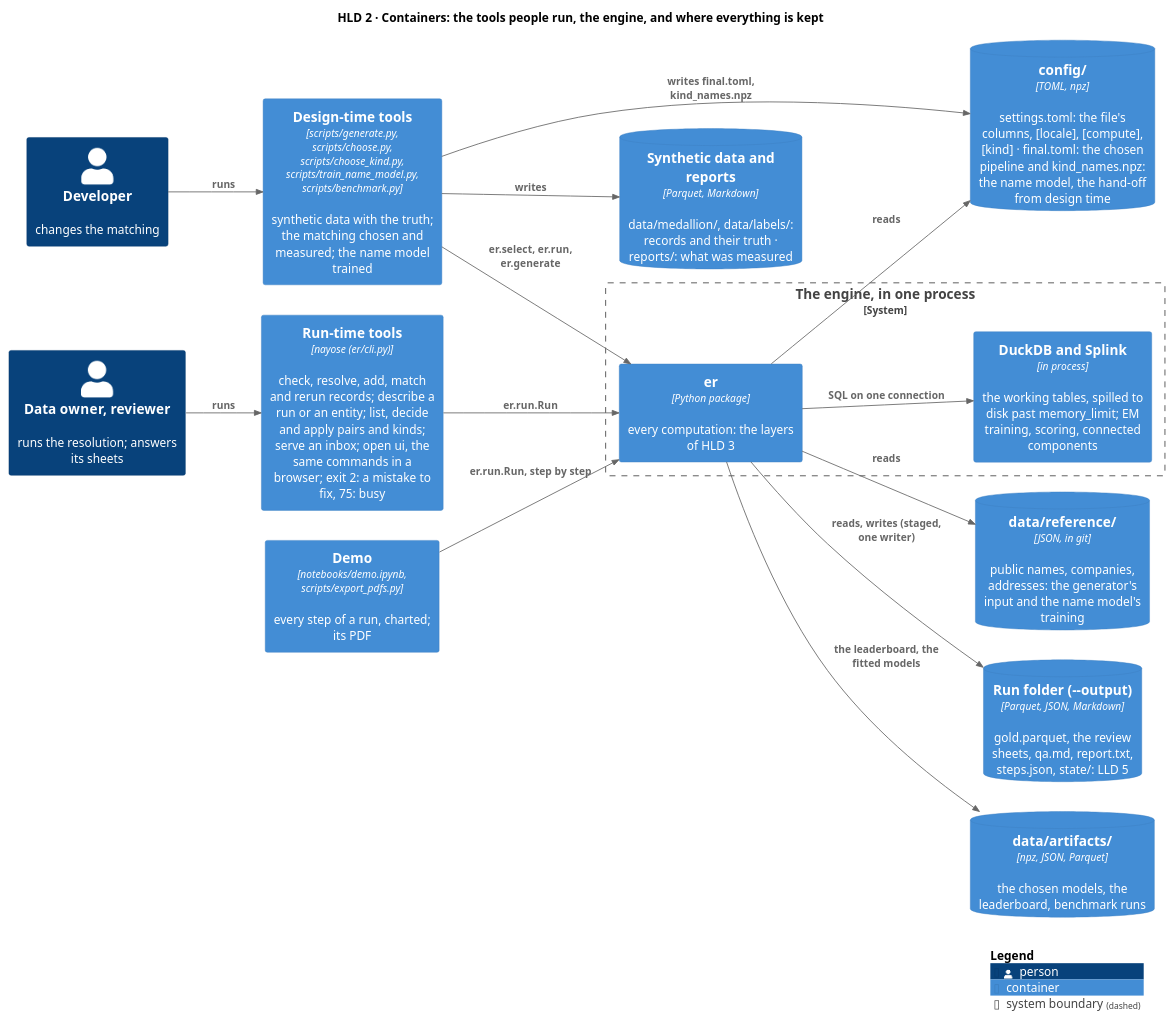
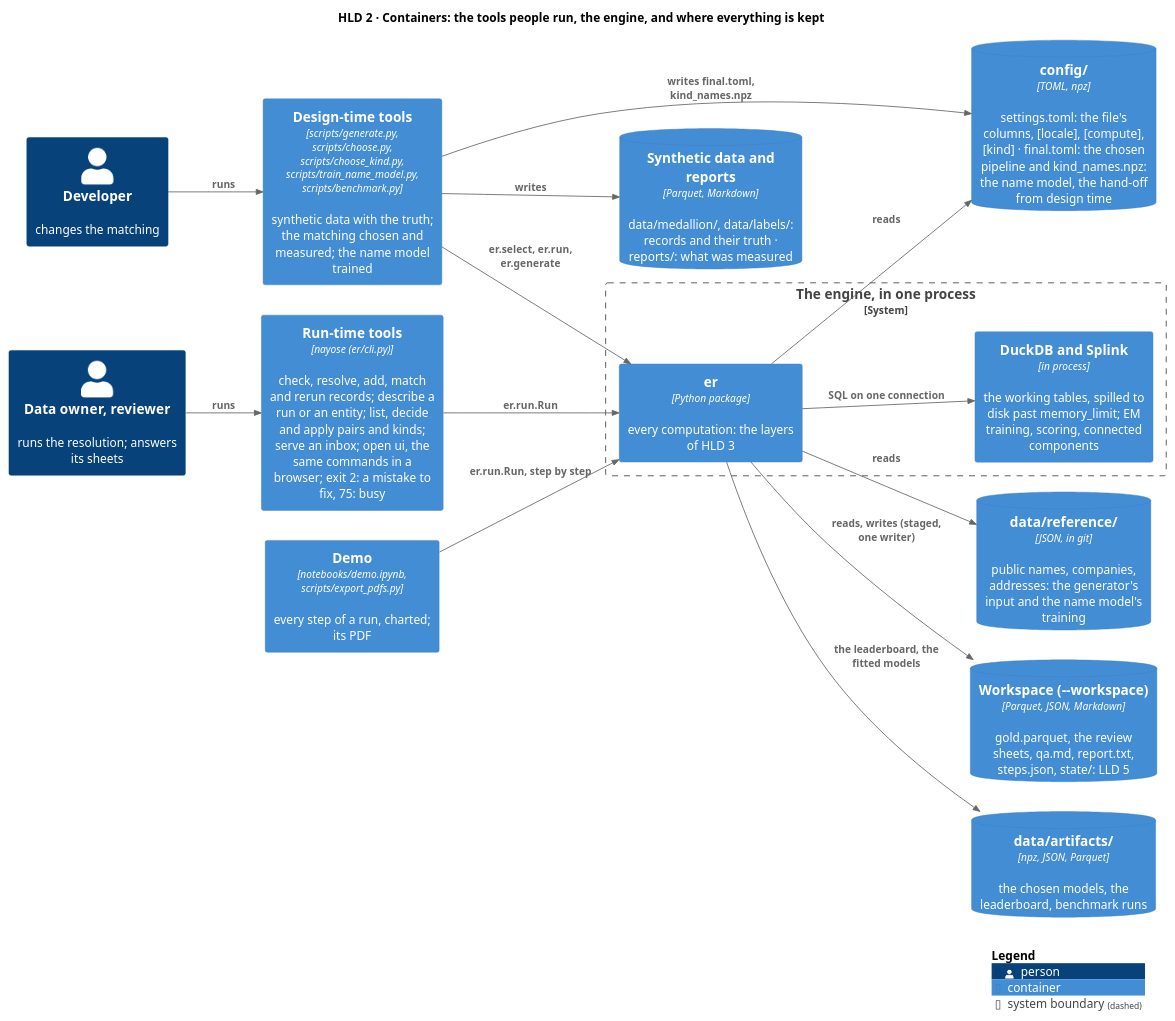
The diagram in docs/diagrams/containers.puml (mvsbm/entity_matching), drawn with PlantUML before and after one commit. The commit also changed 33 other files, not shown here.

```diff
--- a/docs/diagrams/containers.puml
+++ b/docs/diagrams/containers.puml
@@ -1,39 +1,39 @@
 @startuml containers
 !include <C4/C4_Container>
 LAYOUT_LEFT_RIGHT()
 HIDE_STEREOTYPE()
 title HLD 2 · Containers: the tools people run, the engine, and where everything is kept
 
 Person(owner, "Data owner, reviewer", "runs the resolution; answers its sheets")
 Person(developer, "Developer", "changes the matching")
 
 Container(runtime, "Run-time tools", "nayose (er/cli.py)", "check, resolve, add, match and rerun records; describe a run or an entity; list, decide and apply pairs and kinds; serve an inbox; open ui, the same commands in a browser; exit 2: a mistake to fix, 75: busy")
 Container(designtime, "Design-time tools", "scripts/generate.py, scripts/choose.py, scripts/choose_kind.py, scripts/train_name_model.py, scripts/benchmark.py", "synthetic data with the truth; the matching chosen and measured; the name model trained")
 Container(demo, "Demo", "notebooks/demo.ipynb, scripts/export_pdfs.py", "every step of a run, charted; its PDF")
 
 System_Boundary(engine, "The engine, in one process") {
   Container(er, "er", "Python package", "every computation: the layers of HLD 3")
   Container(duckdb, "DuckDB and Splink", "in process", "the working tables, spilled to disk past memory_limit; EM training, scoring, connected components")
 }
 
 ContainerDb(config, "config/", "TOML, npz", "settings.toml: the file's columns, [locale], [compute], [kind] · final.toml: the chosen pipeline and kind_names.npz: the name model, the hand-off from design time")
 ContainerDb(reference, "data/reference/", "JSON, in git", "public names, companies, addresses: the generator's input and the name model's training")
-ContainerDb(runfolder, "Run folder (~--output)", "Parquet, JSON, Markdown", "gold.parquet, the review sheets, qa.md, report.txt, steps.json, state/: LLD 5")
+ContainerDb(runfolder, "Workspace (~--workspace)", "Parquet, JSON, Markdown", "gold.parquet, the review sheets, qa.md, report.txt, steps.json, state/: LLD 5")
 ContainerDb(artifacts, "data/artifacts/", "npz, JSON, Parquet", "the chosen models, the leaderboard, benchmark runs")
 ContainerDb(synthetic, "Synthetic data and reports", "Parquet, Markdown", "data/medallion/, data/labels/: records and their truth · reports/: what was measured")
 
 Rel(owner, runtime, "runs")
 Rel(developer, designtime, "runs")
 Rel(runtime, er, "er.run.Run")
 Rel(designtime, er, "er.select, er.run, er.generate")
 Rel(demo, er, "er.run.Run, step by step")
 Rel(er, duckdb, "SQL on one connection")
 Rel(er, config, "reads")
 Rel(er, reference, "reads")
 Rel(er, runfolder, "reads, writes (staged, one writer)")
 Rel(er, artifacts, "the leaderboard, the fitted models")
 Rel(designtime, synthetic, "writes")
 Rel(designtime, config, "writes final.toml, kind_names.npz")
 
 SHOW_LEGEND()
 @enduml
```
